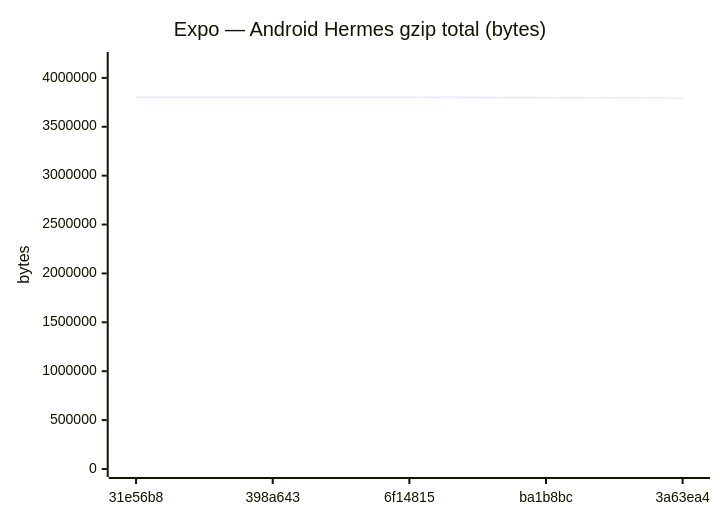
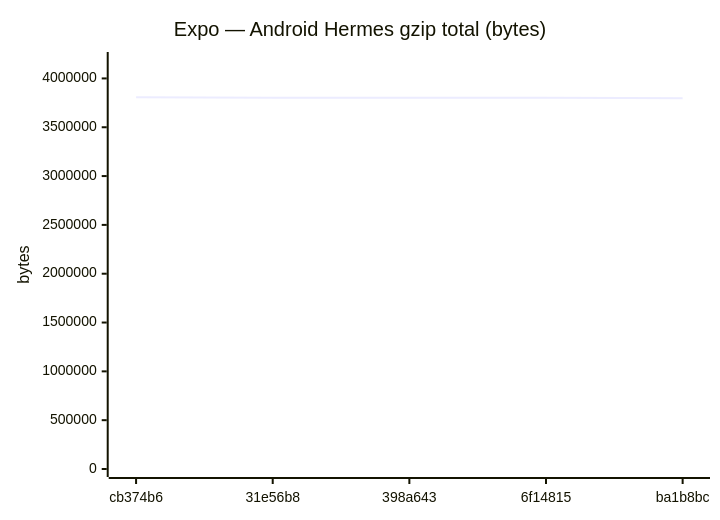
Diagram 11 of 18 in benchmarks/compare.md (Metaheurist/Rianell), drawn with Mermaid before and after one commit. The commit also changed other lines of this file and 11 other files, not shown here.

````diff
--- a/benchmarks/compare.md
+++ b/benchmarks/compare.md
@@ -172,7 +172,7 @@
 ```mermaid
 xychart-beta
     title "Expo — Android Hermes gzip total (bytes)"
-    x-axis ["31e56b8", "398a643", "6f14815", "ba1b8bc", "3a63ea4"]
-    y-axis "bytes" 0 --> 4182782
-    line [3802529, 3802528, 3802527, 3796378, 3791714]
+    x-axis ["cb374b6", "31e56b8", "398a643", "6f14815", "ba1b8bc"]
+    y-axis "bytes" 0 --> 4188742
+    line [3807947, 3802529, 3802528, 3802527, 3796378]
 ```
````
